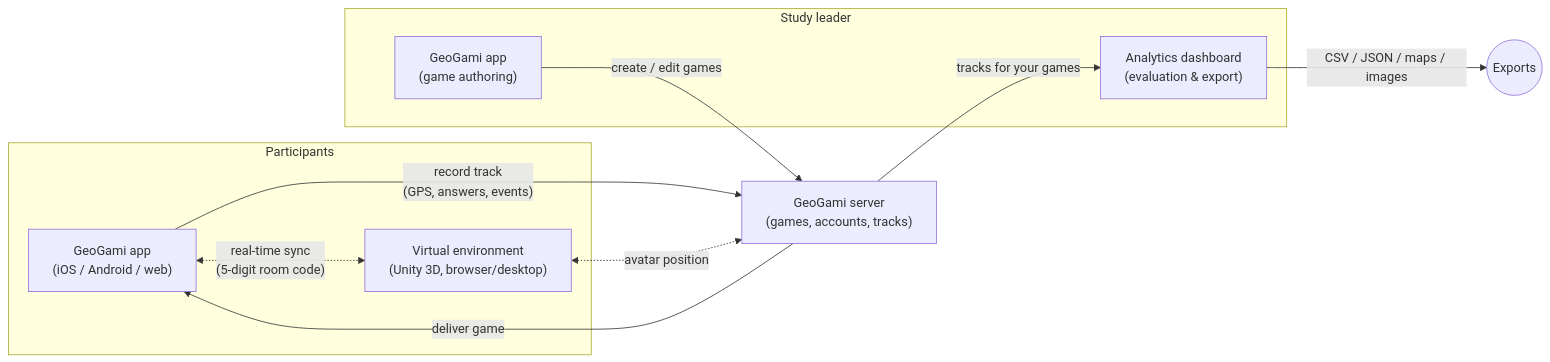
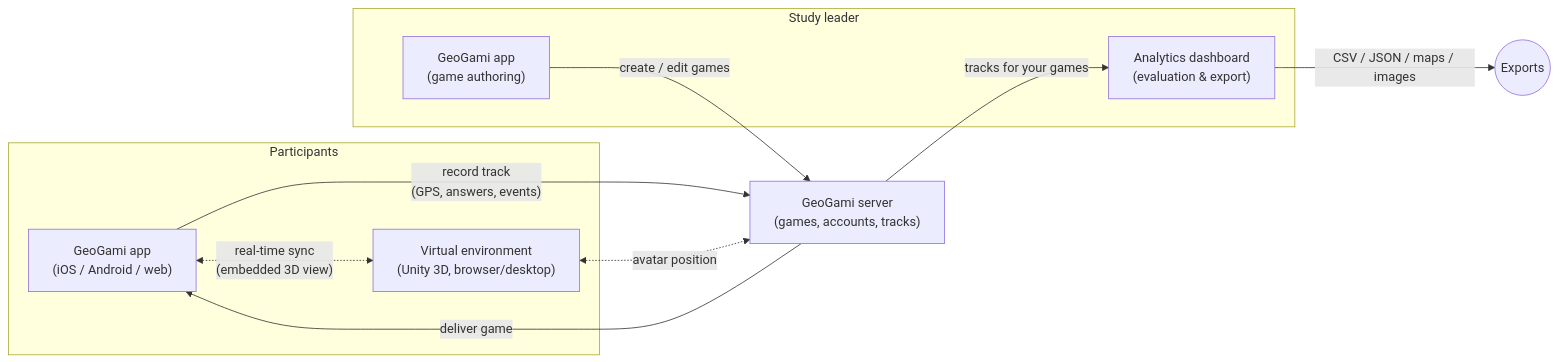
The diagram in PLATFORM_OVERVIEW.md (geogami-team/geogami-docs), drawn with Mermaid before and after one commit. The commit also changed other lines of this file and 3 other files, not shown here.

````diff
--- a/PLATFORM_OVERVIEW.md
+++ b/PLATFORM_OVERVIEW.md
@@ -43,22 +43,22 @@
 ```mermaid
 flowchart LR
     subgraph Participants
         APP["GeoGami app<br/>(iOS / Android / web)"]
         VE["Virtual environment<br/>(Unity 3D, browser/desktop)"]
     end
 
     subgraph "Study leader"
         AUTHOR["GeoGami app<br/>(game authoring)"]
         DASH["Analytics dashboard<br/>(evaluation & export)"]
     end
 
     SERVER["GeoGami server<br/>(games, accounts, tracks)"]
 
     AUTHOR -- "create / edit games" --> SERVER
     SERVER -- "deliver game" --> APP
     APP -- "record track<br/>(GPS, answers, events)" --> SERVER
-    APP <-. "real-time sync<br/>(5-digit room code)" .-> VE
+    APP <-. "real-time sync<br/>(embedded 3D view)" .-> VE
     VE <-. "avatar position" .-> SERVER
     SERVER -- "tracks for your games" --> DASH
     DASH -- "CSV / JSON / maps / images" --> EXPORT(("Exports"))
 ```
````
